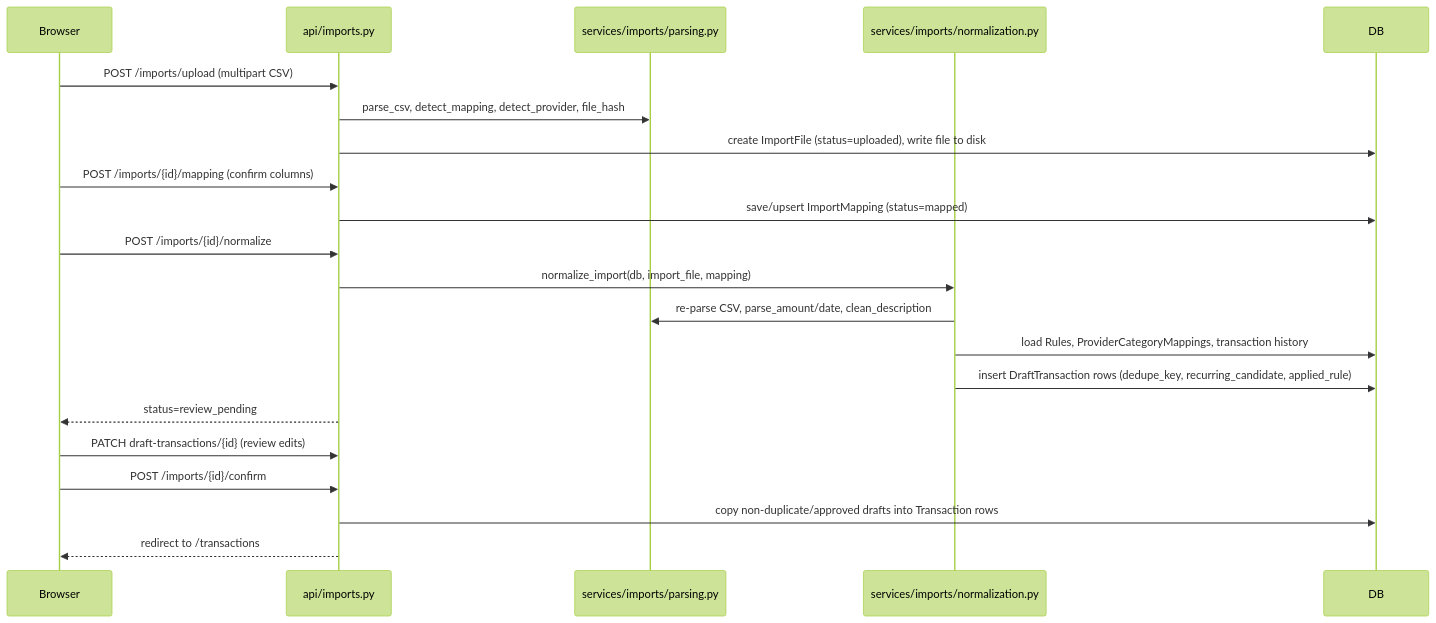
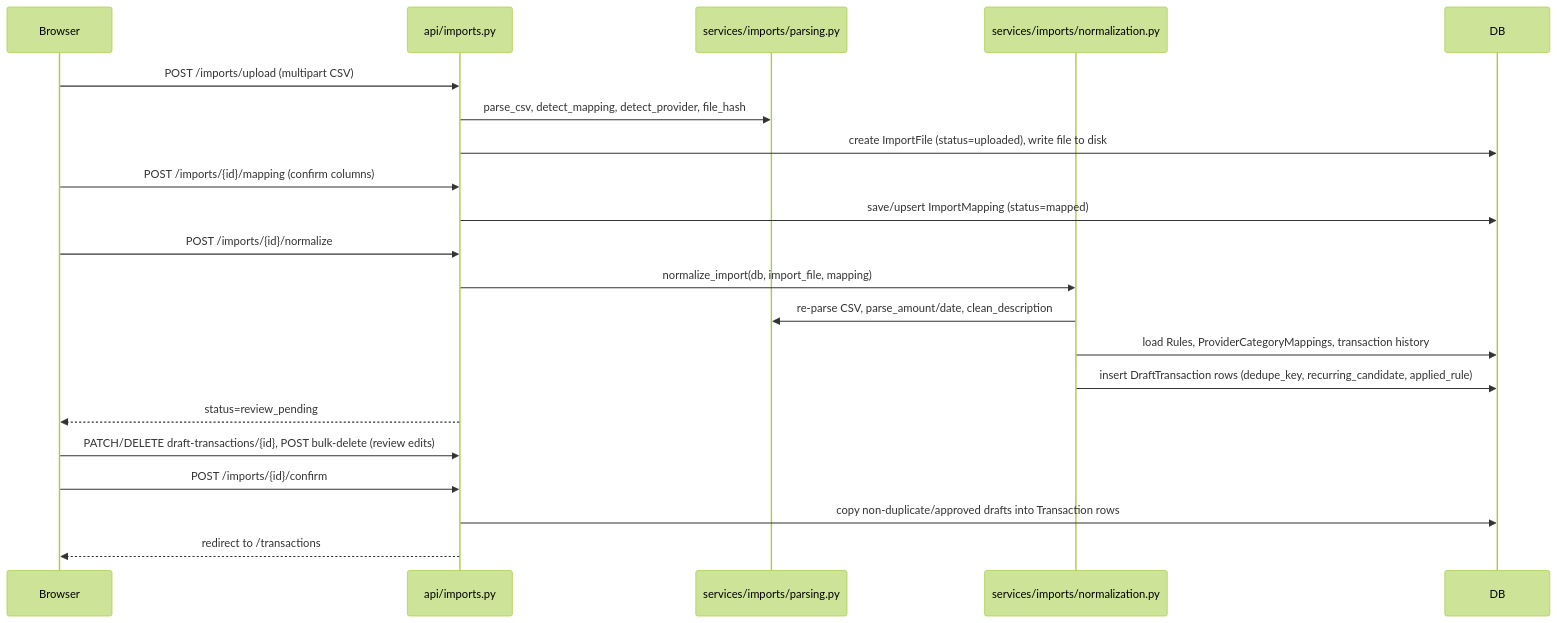
The third of 5 diagrams in docs/CODEBASE_MAP.md (bryan-p/personal_finance), drawn with Mermaid (forest theme) before and after one commit. The commit also changed other lines of this file and 2 other files, not shown here.

````diff
--- a/docs/CODEBASE_MAP.md
+++ b/docs/CODEBASE_MAP.md
@@ -258,24 +287,24 @@
 ```mermaid
 sequenceDiagram
     participant Browser
     participant ImportsAPI as api/imports.py
     participant Parsing as services/imports/parsing.py
     participant Norm as services/imports/normalization.py
     participant DB
 
     Browser->>ImportsAPI: POST /imports/upload (multipart CSV)
     ImportsAPI->>Parsing: parse_csv, detect_mapping, detect_provider, file_hash
     ImportsAPI->>DB: create ImportFile (status=uploaded), write file to disk
     Browser->>ImportsAPI: POST /imports/{id}/mapping (confirm columns)
     ImportsAPI->>DB: save/upsert ImportMapping (status=mapped)
     Browser->>ImportsAPI: POST /imports/{id}/normalize
     ImportsAPI->>Norm: normalize_import(db, import_file, mapping)
     Norm->>Parsing: re-parse CSV, parse_amount/date, clean_description
     Norm->>DB: load Rules, ProviderCategoryMappings, transaction history
     Norm->>DB: insert DraftTransaction rows (dedupe_key, recurring_candidate, applied_rule)
     ImportsAPI-->>Browser: status=review_pending
-    Browser->>ImportsAPI: PATCH draft-transactions/{id} (review edits)
+    Browser->>ImportsAPI: PATCH/DELETE draft-transactions/{id}, POST bulk-delete (review edits)
     Browser->>ImportsAPI: POST /imports/{id}/confirm
     ImportsAPI->>DB: copy non-duplicate/approved drafts into Transaction rows
     ImportsAPI-->>Browser: redirect to /transactions
 ```
````
